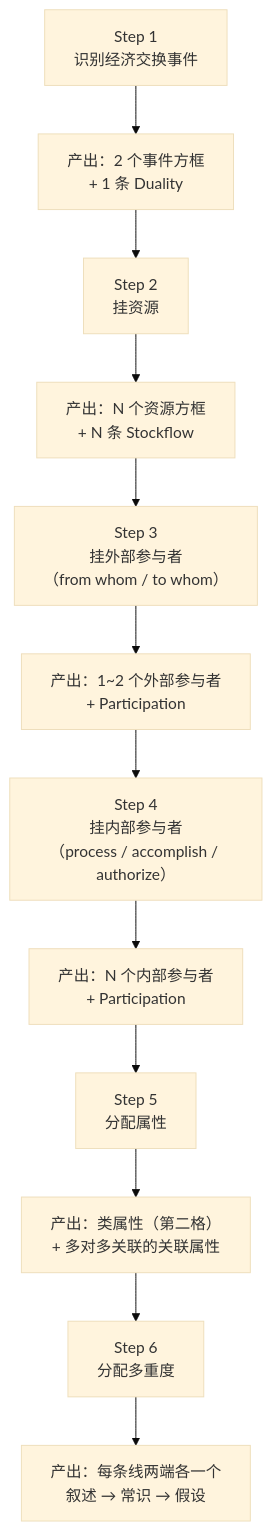
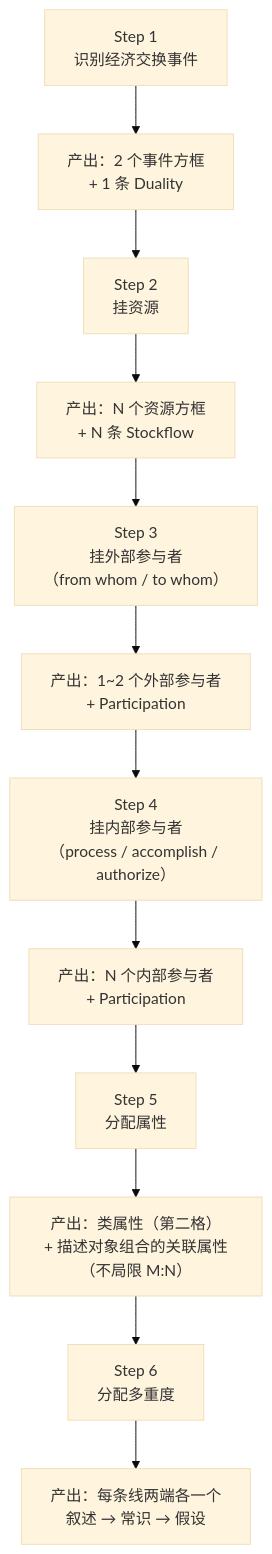
Before and after one commit to CercaTrovato/cityu-ai-course-notes: diagram 19 of 19 in AC6761_Artificial_Intelligence_Accounting/notes/M05-REA业务流程建模.md, drawn with Mermaid (base theme). The commit also changed other lines of this file and 116 other files, not shown here.

````diff
--- a/AC6761_Artificial_Intelligence_Accounting/notes/M05-REA业务流程建模.md
+++ b/AC6761_Artificial_Intelligence_Accounting/notes/M05-REA业务流程建模.md
@@ -2783,14 +2889,14 @@
 ```mermaid
 flowchart TD
     S1["Step 1<br/>识别经济交换事件"] --> O1["产出：2 个事件方框<br/>+ 1 条 Duality"]
     O1 --> S2["Step 2<br/>挂资源"]
     S2 --> O2["产出：N 个资源方框<br/>+ N 条 Stockflow"]
     O2 --> S3["Step 3<br/>挂外部参与者<br/>（from whom / to whom）"]
     S3 --> O3["产出：1~2 个外部参与者<br/>+ Participation"]
     O3 --> S4["Step 4<br/>挂内部参与者<br/>（process / accomplish / authorize）"]
     S4 --> O4["产出：N 个内部参与者<br/>+ Participation"]
     O4 --> S5["Step 5<br/>分配属性"]
-    S5 --> O5["产出：类属性（第二格）<br/>+ 多对多关联的关联属性"]
+    S5 --> O5["产出：类属性（第二格）<br/>+ 描述对象组合的关联属性（不局限 M:N）"]
     O5 --> S6["Step 6<br/>分配多重度"]
     S6 --> O6["产出：每条线两端各一个<br/>叙述 → 常识 → 假设"]
 ```
````
